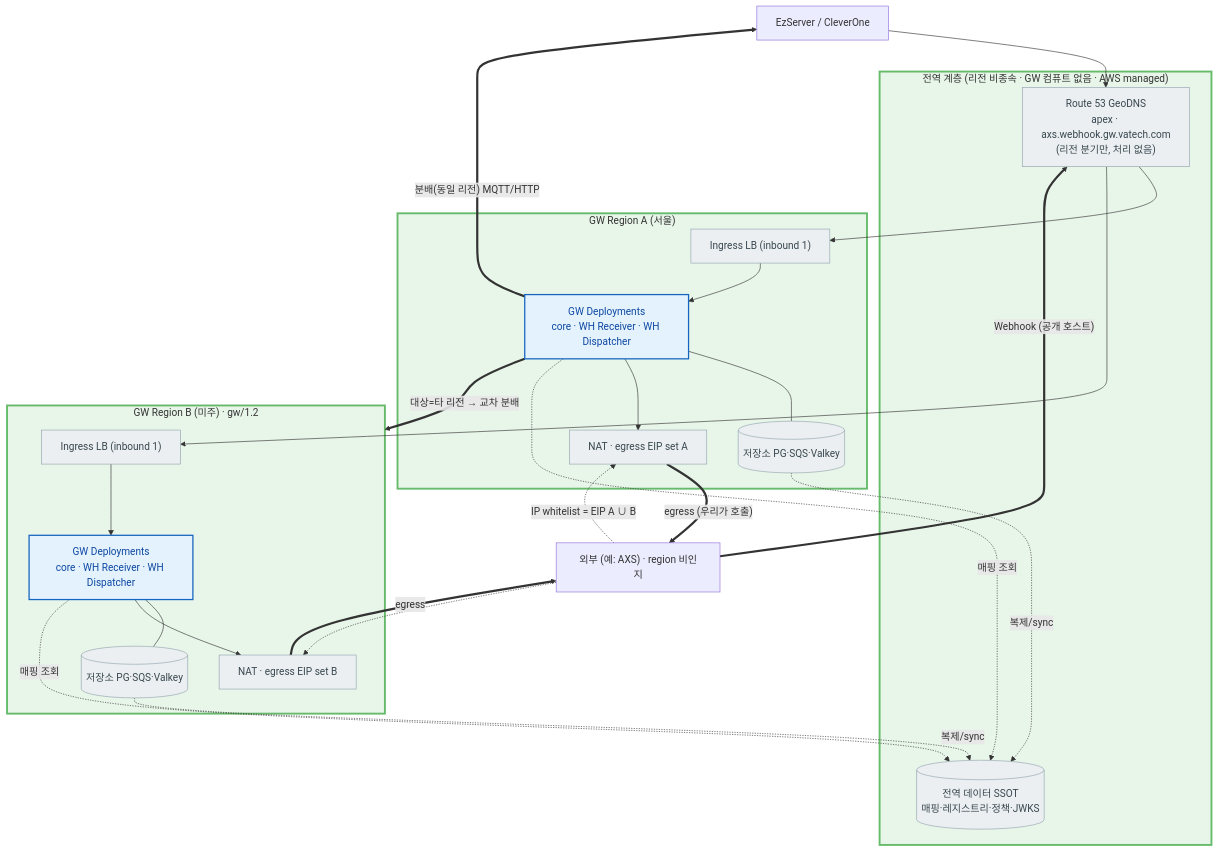
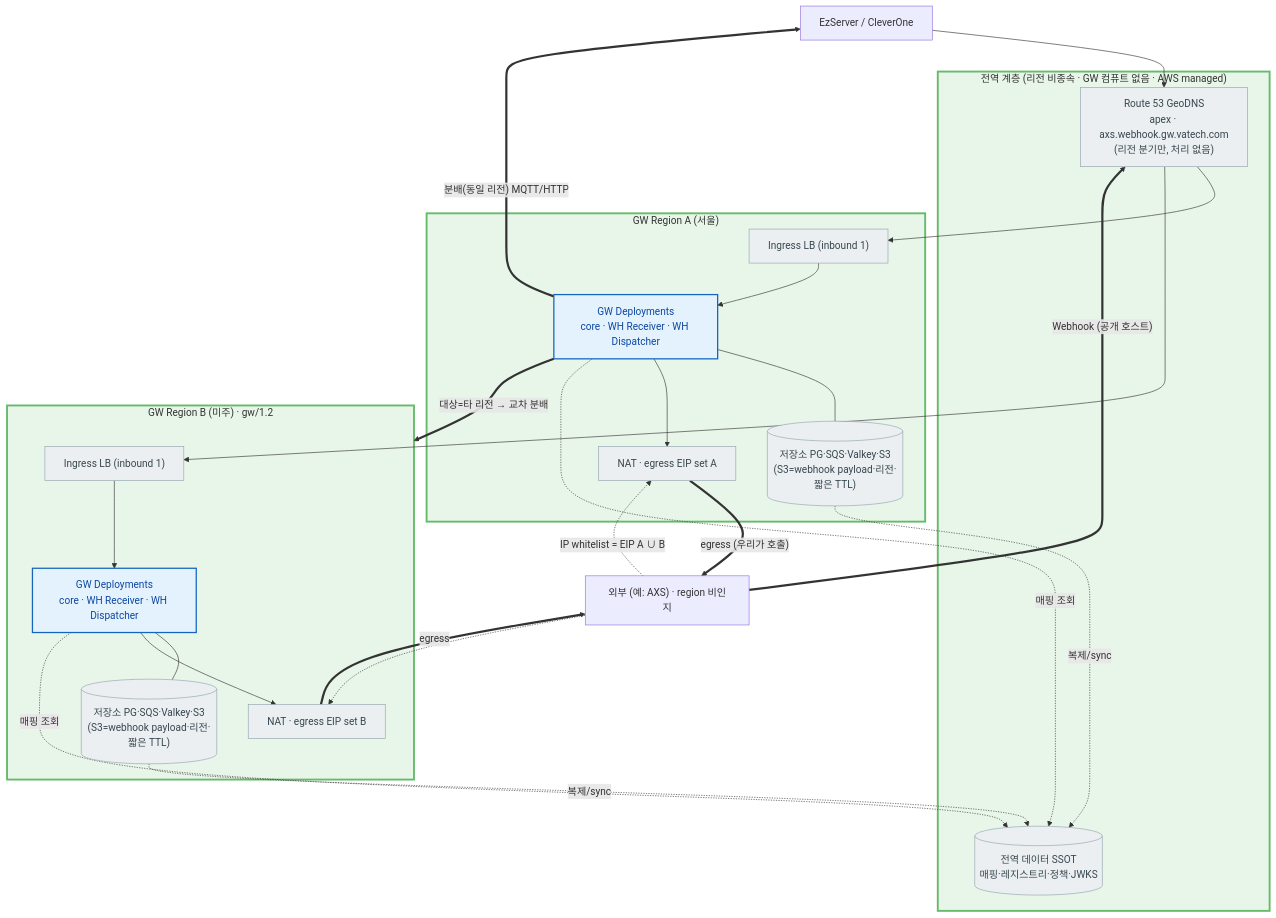
The third of 17 diagrams in docs/VT_API_Gateway/08.VT_API_Gateway/specs/03-srs-gateway/SRS.md (gracegyu/scp-architecture), drawn with Mermaid before and after one commit. The commit also changed other lines of this file, not shown here.

Commit message:
문서 업데이트: VT API Gateway의 SRS 문서에서 AWS 자원 목록에 S3를 추가하고, Webhook Ingress 흐름도에 payload 저장을 위한 S3를 명시하였습니다. 이를 통해 시스템 아키텍처의 명확성을 높이고, 데이터 저장 방식에 대한 이해를 강화하였습니다.

````diff
--- a/docs/VT_API_Gateway/08.VT_API_Gateway/specs/03-srs-gateway/SRS.md
+++ b/docs/VT_API_Gateway/08.VT_API_Gateway/specs/03-srs-gateway/SRS.md
@@ -245,57 +245,57 @@
 ```mermaid
 flowchart TB
     EZ["EzServer / CleverOne"]
     EXT["외부 (예: AXS) · region 비인지"]
 
     subgraph RA["GW Region A (서울)"]
         LBA["Ingress LB (inbound 1)"]
         GA["GW Deployments<br/>core · WH Receiver · WH Dispatcher"]
-        STA[("저장소 PG·SQS·Valkey")]
+        STA[("저장소 PG·SQS·Valkey·S3<br/>(S3=webhook payload·리전·짧은 TTL)")]
         NATA["NAT · egress EIP set A"]
         LBA --> GA
         GA --- STA
         GA --> NATA
     end
 
     subgraph GTIER["전역 계층 (리전 비종속 · GW 컴퓨트 없음 · AWS managed)"]
         DNS["Route 53 GeoDNS<br/>apex · axs.webhook.gw.vatech.com<br/>(리전 분기만, 처리 없음)"]
         GLOBAL[("전역 데이터 SSOT<br/>매핑·레지스트리·정책·JWKS")]
     end
 
     subgraph RB["GW Region B (미주) · gw/1.2"]
         LBB["Ingress LB (inbound 1)"]
         GB["GW Deployments<br/>core · WH Receiver · WH Dispatcher"]
-        STB[("저장소 PG·SQS·Valkey")]
+        STB[("저장소 PG·SQS·Valkey·S3<br/>(S3=webhook payload·리전·짧은 TTL)")]
         NATB["NAT · egress EIP set B"]
         LBB --> GB
         GB --- STB
         GB --> NATB
     end
 
     EZ --> DNS
     EXT ==>|"Webhook (공개 호스트)"| DNS
     DNS --> LBA
     DNS --> LBB
 
     STA -.->|"복제/sync"| GLOBAL
     STB -.->|"복제/sync"| GLOBAL
     GA -.->|"매핑 조회"| GLOBAL
     GB -.->|"매핑 조회"| GLOBAL
 
     NATA ==>|"egress (우리가 호출)"| EXT
     NATB ==>|"egress"| EXT
     EXT -.->|"IP whitelist = EIP A ∪ B"| NATA
     EXT -.-> NATB
 
     GA ==>|"분배(동일 리전) MQTT/HTTP"| EZ
     GA ==>|"대상=타 리전 → 교차 분배"| RB
 
     %% GW(본 SRS) 범위=전역 계층+각 리전(연두). GW 소프트웨어(pods)=연파랑, managed AWS(DNS·DB·LB·NAT)=회색
     style GTIER fill:#e8f5e9,stroke:#66bb6a,stroke-width:3px
     style RA fill:#e8f5e9,stroke:#66bb6a,stroke-width:3px
     style RB fill:#e8f5e9,stroke:#66bb6a,stroke-width:3px
     classDef srsTarget fill:#e3f2fd,stroke:#1565c0,stroke-width:2px,color:#0d47a1
     classDef mgd fill:#eceff1,stroke:#90a4ae,color:#37474f
     class GA,GB srsTarget
     class DNS,GLOBAL,STA,STB,NATA,NATB,LBA,LBB mgd
 ```
````
